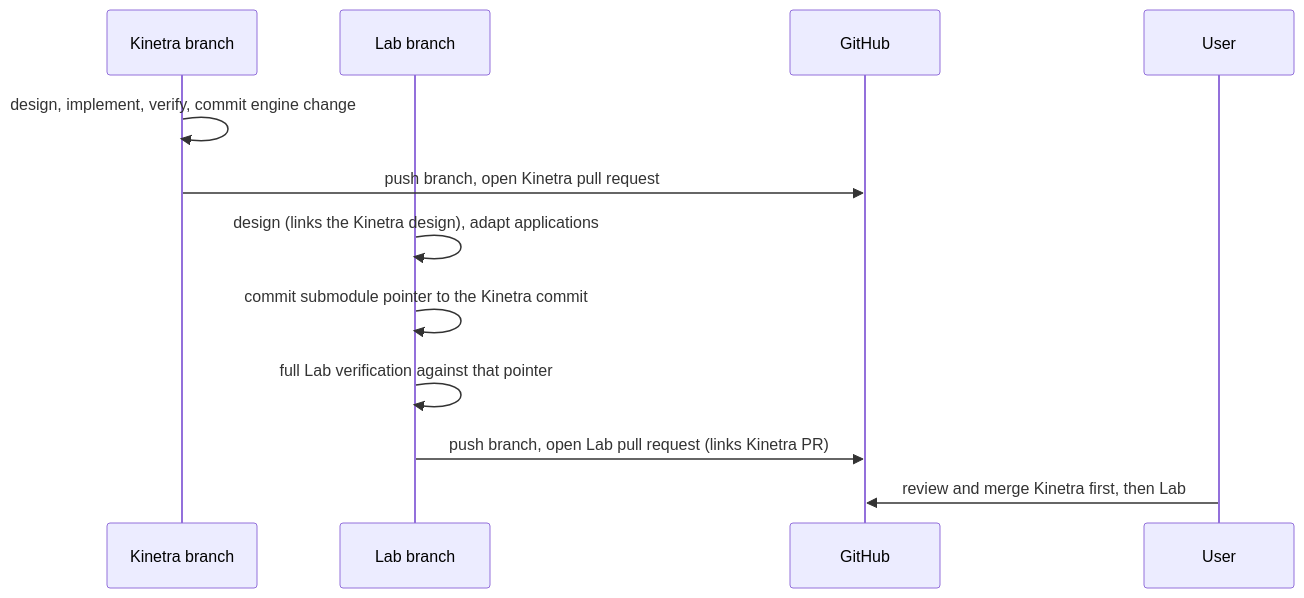
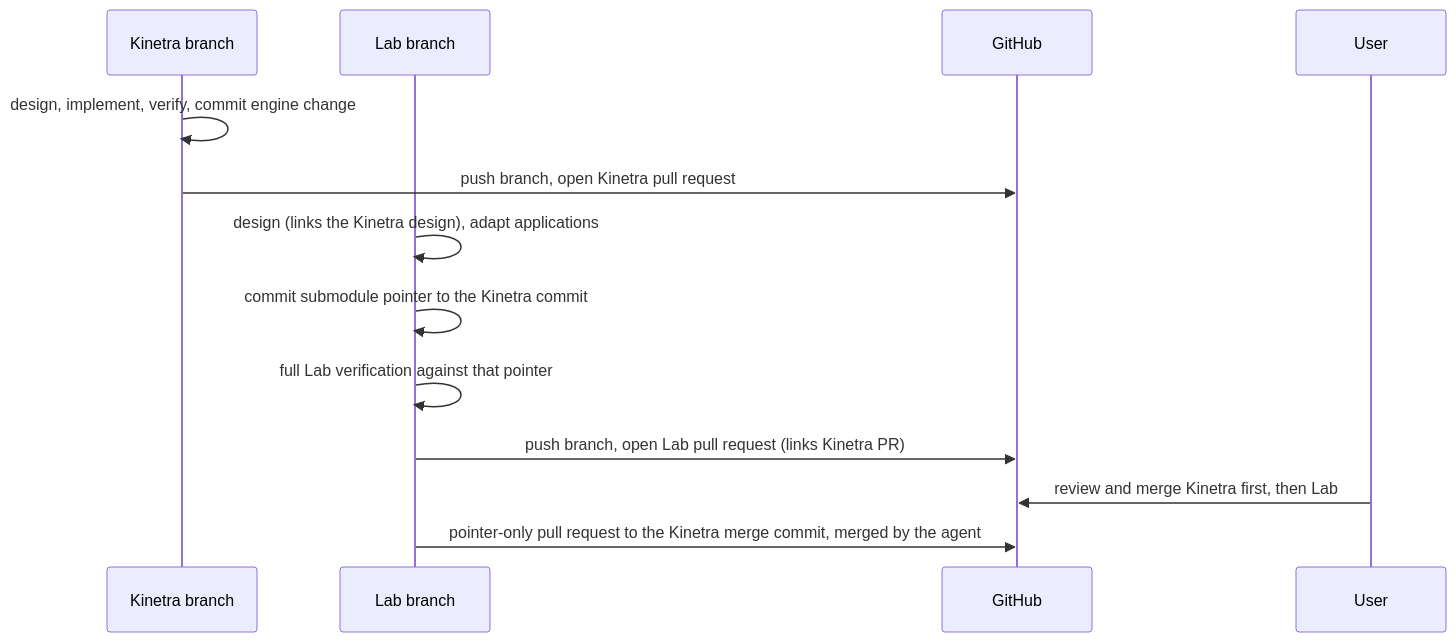
One commit to SMB-M87/Kinetra changed the third of 3 diagrams in docs/workflow.md. Above: the diagram before and after it, drawn with Mermaid. The commit also changed other lines of this file and 8 other files, not shown here.

First line of the commit message:
docs(workflow): pointer-only pull requests without review

````diff
--- a/docs/workflow.md
+++ b/docs/workflow.md
@@ -191,14 +191,15 @@
 ```mermaid
 sequenceDiagram
     participant K as Kinetra branch
     participant L as Lab branch
     participant G as GitHub
     participant U as User
     K->>K: design, implement, verify, commit engine change
     K->>G: push branch, open Kinetra pull request
     L->>L: design (links the Kinetra design), adapt applications
     L->>L: commit submodule pointer to the Kinetra commit
     L->>L: full Lab verification against that pointer
     L->>G: push branch, open Lab pull request (links Kinetra PR)
     U->>G: review and merge Kinetra first, then Lab
+    L->>G: pointer-only pull request to the Kinetra merge commit, merged by the agent
 ```
````
